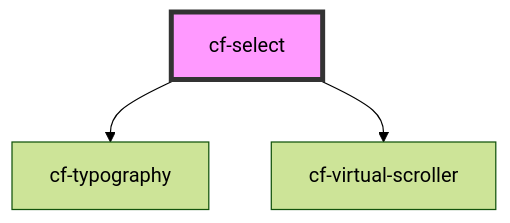
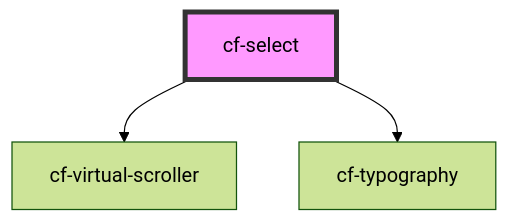
The diagram in src/components/cf-select/readme.md (DriLLFreAK100/codefee-component), drawn with Mermaid (forest theme) before and after one commit. The commit also changed other lines of this file and 8 other files, not shown here.

Commit message:
fix(virtual-scroller): make virtualize children as prop for table and select

````diff
--- a/src/components/cf-select/readme.md
+++ b/src/components/cf-select/readme.md
@@ -30,6 +31,6 @@
 ```mermaid
 graph TD;
+  cf-select --> cf-virtual-scroller
   cf-select --> cf-typography
-  cf-select --> cf-virtual-scroller
   style cf-select fill:#f9f,stroke:#333,stroke-width:4px
 ```
````
